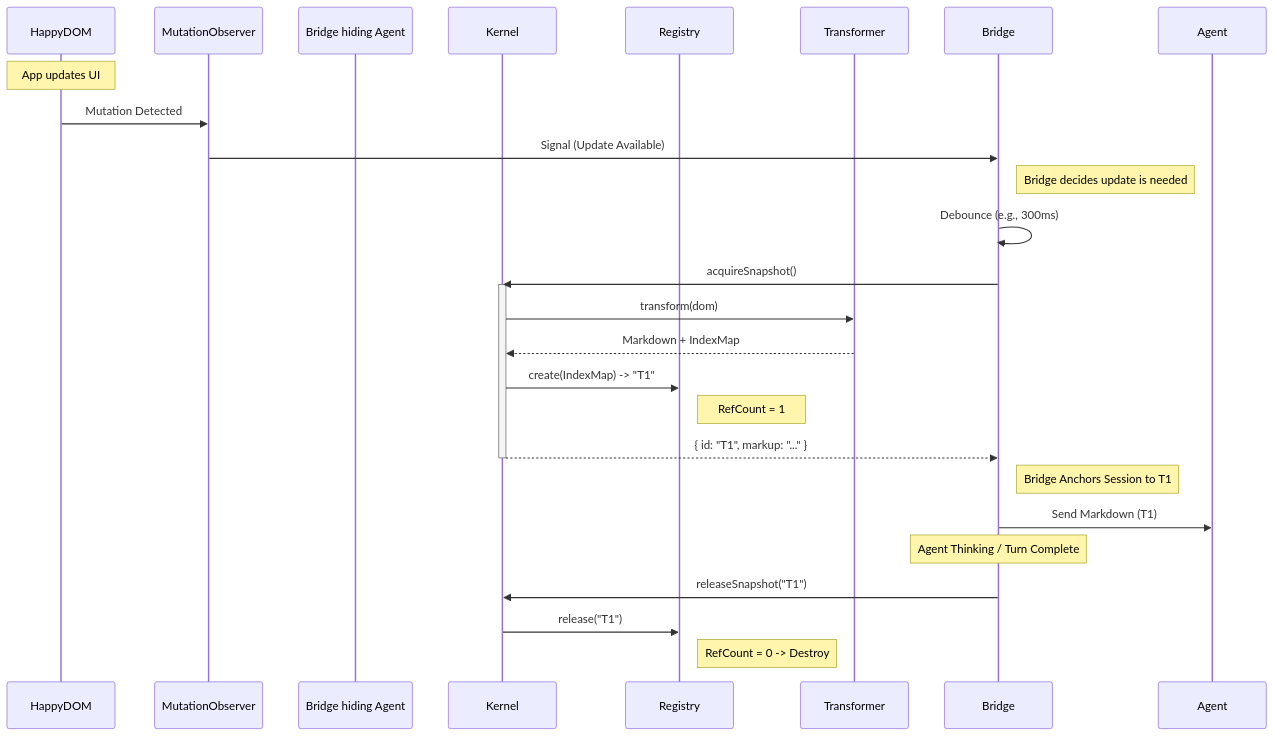
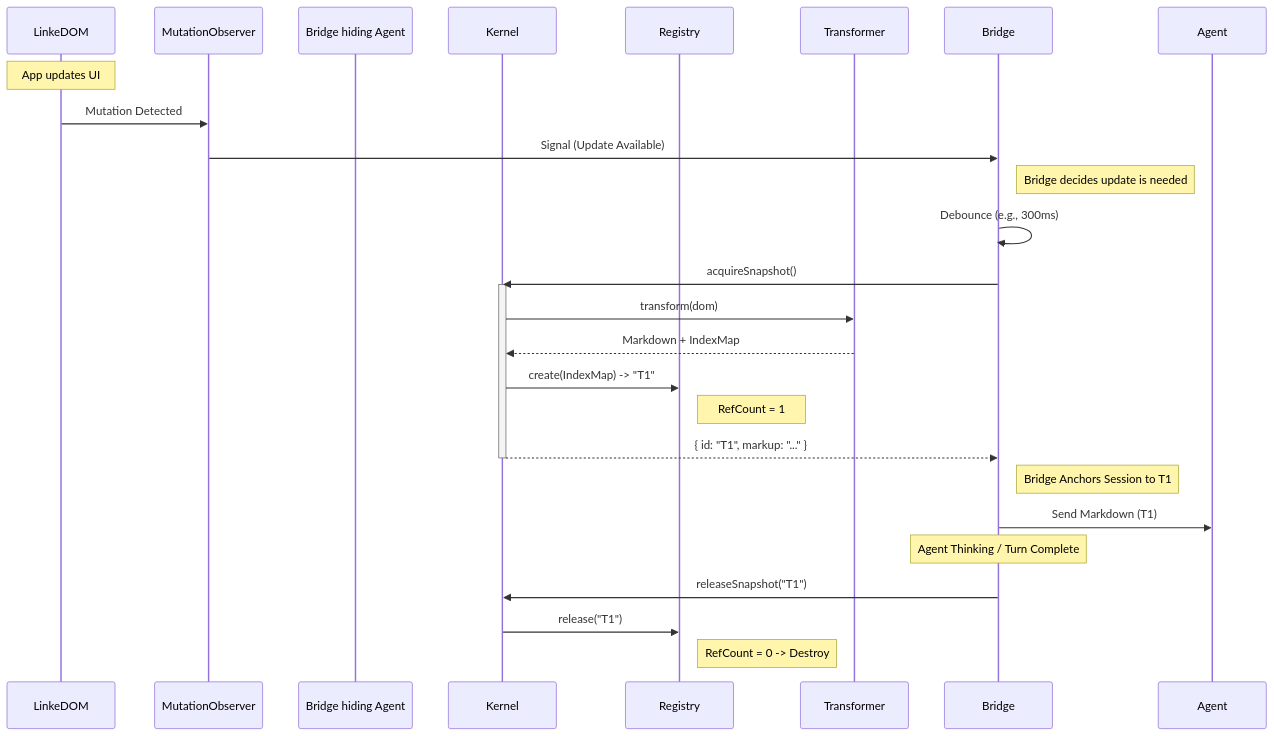
The third of 5 diagrams in aotui_docs/SYSTEM_DESIGN.md (zhangweijp/preact), drawn with Mermaid before and after one commit. The commit also changed other lines of this file and 2 other files, not shown here.

````diff
--- a/aotui_docs/SYSTEM_DESIGN.md
+++ b/aotui_docs/SYSTEM_DESIGN.md
@@ -196,36 +196,36 @@
 ```mermaid
 sequenceDiagram
-    participant DOM as HappyDOM
+    participant DOM as LinkeDOM
     participant Observer as MutationObserver
     participant Bridge hiding Agent
     participant Kernel
     participant Registry
     participant Transformer
 
     Note over DOM: App updates UI
     DOM->>Observer: Mutation Detected
     Observer->>Bridge: Signal (Update Available)
     
     Note right of Bridge: Bridge decides update is needed
     Bridge->>Bridge: Debounce (e.g., 300ms)
     
     Bridge->>Kernel: acquireSnapshot()
     activate Kernel
     Kernel->>Transformer: transform(dom)
     Transformer-->>Kernel: Markdown + IndexMap
     
     Kernel->>Registry: create(IndexMap) -> "T1"
     Note right of Registry: RefCount = 1
     
     Kernel-->>Bridge: { id: "T1", markup: "..." }
     deactivate Kernel
     
     Note right of Bridge: Bridge Anchors Session to T1
     Bridge->>Agent: Send Markdown (T1)
     
     Note over Bridge: Agent Thinking / Turn Complete
     
     Bridge->>Kernel: releaseSnapshot("T1")
     Kernel->>Registry: release("T1")
     Note right of Registry: RefCount = 0 -> Destroy
 ```
````
